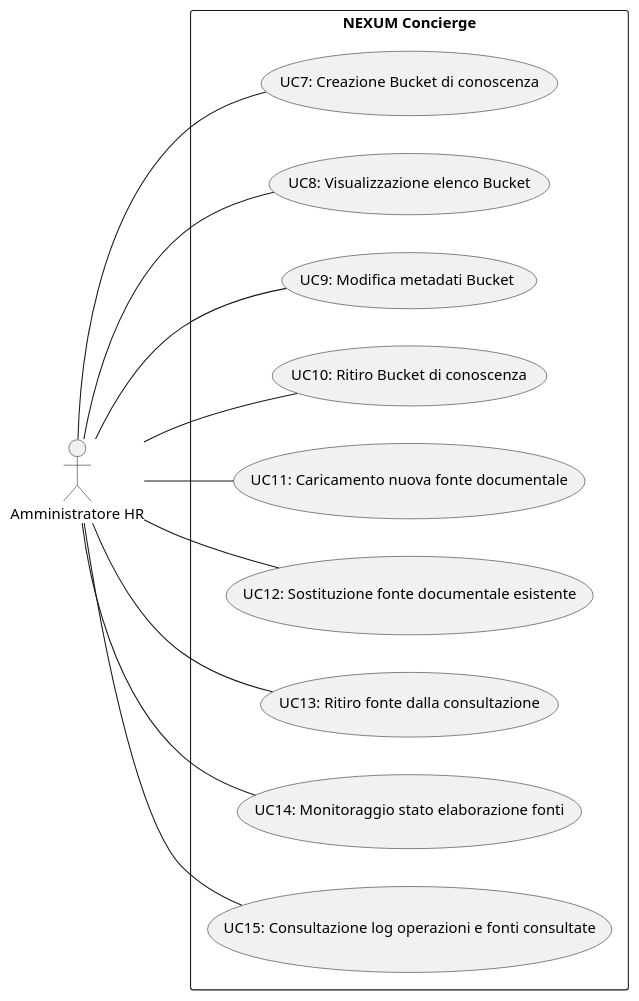
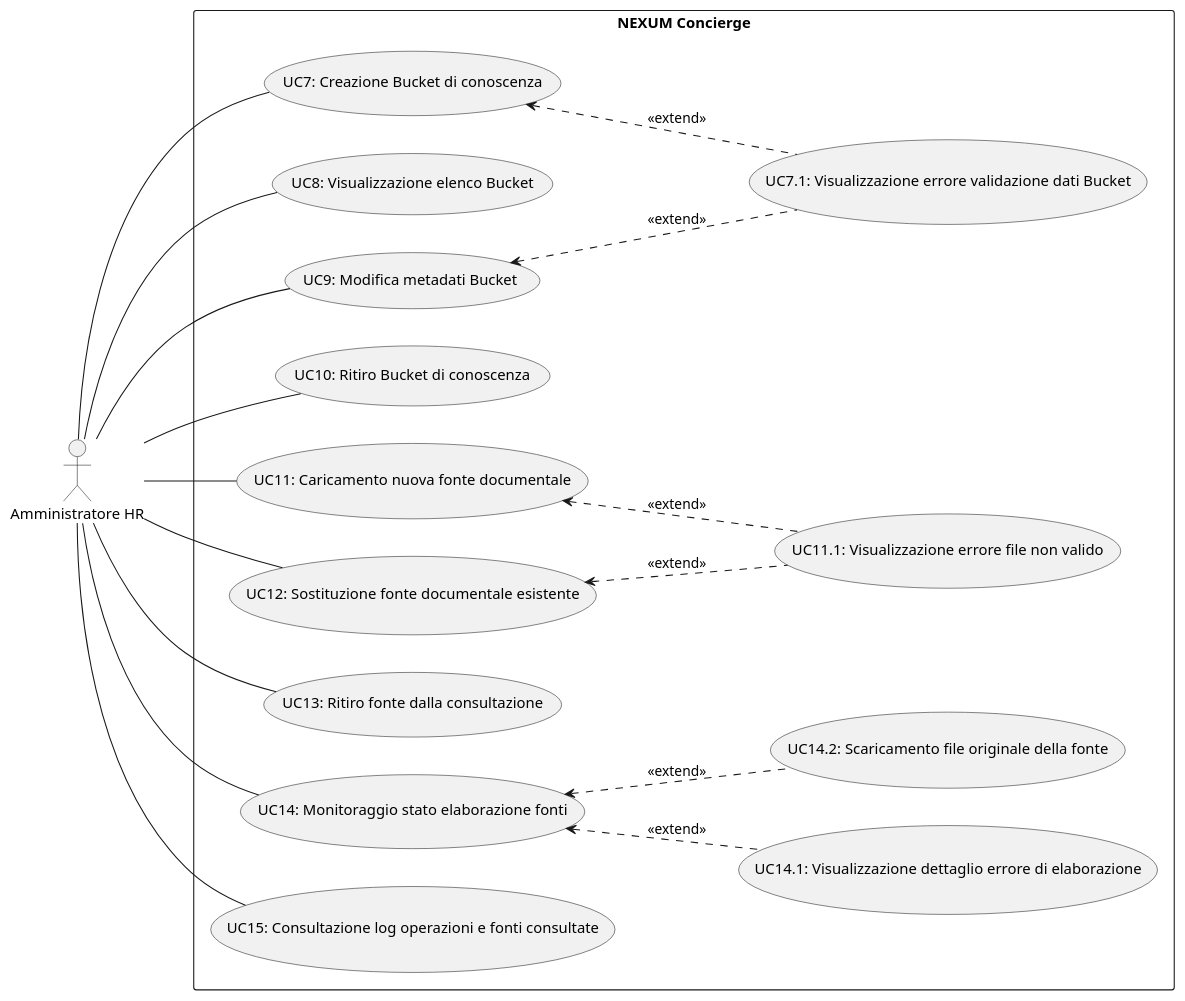
Before and after one commit to RickandCommit/Documentazione: the diagram in RTB/Analisi_dei_Requisiti/Casi_Uso/macroarea5.puml, drawn with PlantUML. The commit also changed 5 other files, not shown here.

```diff
--- a/RTB/Analisi_dei_Requisiti/Casi_Uso/macroarea5.puml
+++ b/RTB/Analisi_dei_Requisiti/Casi_Uso/macroarea5.puml
@@ -1,28 +1,39 @@
 @startuml macroarea5
 left to right direction
 
 actor "Amministratore HR" as hr
 
 rectangle "NEXUM Concierge" {
     usecase "UC7: Creazione Bucket di conoscenza" as UC7
+    usecase "UC7.1: Visualizzazione errore validazione dati Bucket" as UC7_1
     usecase "UC8: Visualizzazione elenco Bucket" as UC8
     usecase "UC9: Modifica metadati Bucket" as UC9
     usecase "UC10: Ritiro Bucket di conoscenza" as UC10
     usecase "UC11: Caricamento nuova fonte documentale" as UC11
+    usecase "UC11.1: Visualizzazione errore file non valido" as UC11_1
     usecase "UC12: Sostituzione fonte documentale esistente" as UC12
     usecase "UC13: Ritiro fonte dalla consultazione" as UC13
     usecase "UC14: Monitoraggio stato elaborazione fonti" as UC14
+    usecase "UC14.1: Visualizzazione dettaglio errore di elaborazione" as UC14_1
+    usecase "UC14.2: Scaricamento file originale della fonte" as UC14_2
     usecase "UC15: Consultazione log operazioni e fonti consultate" as UC15
 }
 
 hr -- UC7
 hr -- UC8
 hr -- UC9
 hr -- UC10
 hr -- UC11
 hr -- UC12
 hr -- UC13
 hr -- UC14
 hr -- UC15
 
+UC7 <.. UC7_1 : <<extend>>
+UC9 <.. UC7_1 : <<extend>>
+UC11 <.. UC11_1 : <<extend>>
+UC12 <.. UC11_1 : <<extend>>
+UC14 <.. UC14_1 : <<extend>>
+UC14 <.. UC14_2 : <<extend>>
+
 @enduml
```
